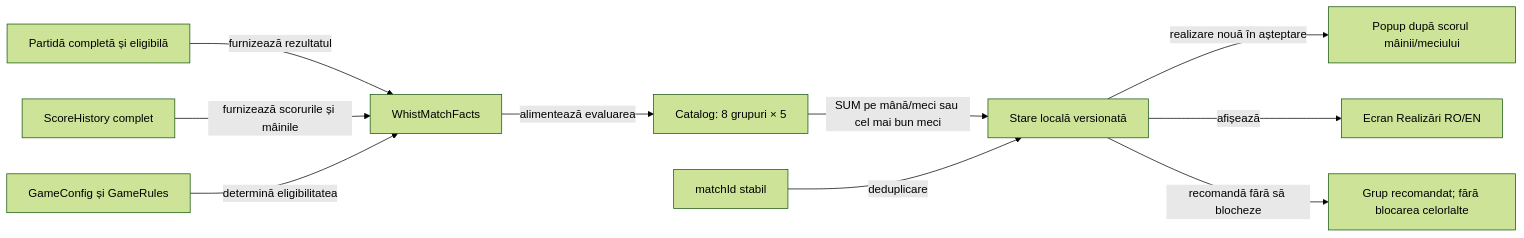
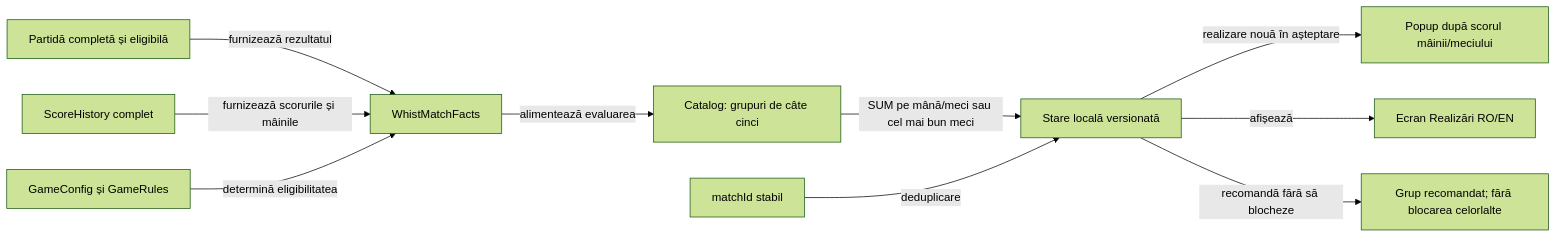
One commit to crististefanita/atf_j4 changed the diagram in docs/game/ATF_Achievements.md. Above: the diagram before and after it, drawn with Mermaid (forest theme). The commit also changed other lines of this file and 15 other files, not shown here.

````diff
--- a/docs/game/ATF_Achievements.md
+++ b/docs/game/ATF_Achievements.md
@@ -9,12 +9,12 @@
 ```mermaid
 flowchart LR
     MATCH[Partidă completă și eligibilă] -->|furnizează rezultatul| FACTS[WhistMatchFacts]
     LEDGER[ScoreHistory complet] -->|furnizează scorurile și mâinile| FACTS
     RULES[GameConfig și GameRules] -->|determină eligibilitatea| FACTS
-    FACTS -->|alimentează evaluarea| CATALOG[Catalog: 8 grupuri × 5]
+    FACTS -->|alimentează evaluarea| CATALOG[Catalog: grupuri de câte cinci]
     CATALOG -->|SUM pe mână/meci sau cel mai bun meci| STATE[Stare locală versionată]
     ID[matchId stabil] -->|deduplicare| STATE
     STATE -->|realizare nouă în așteptare| POPUP[Popup după scorul mâinii/meciului]
     STATE -->|afișează| VIEW[Ecran Realizări RO/EN]
     STATE -->|recomandă fără să blocheze| PATH[Grup recomandat; fără blocarea celorlalte]
 ```
````
